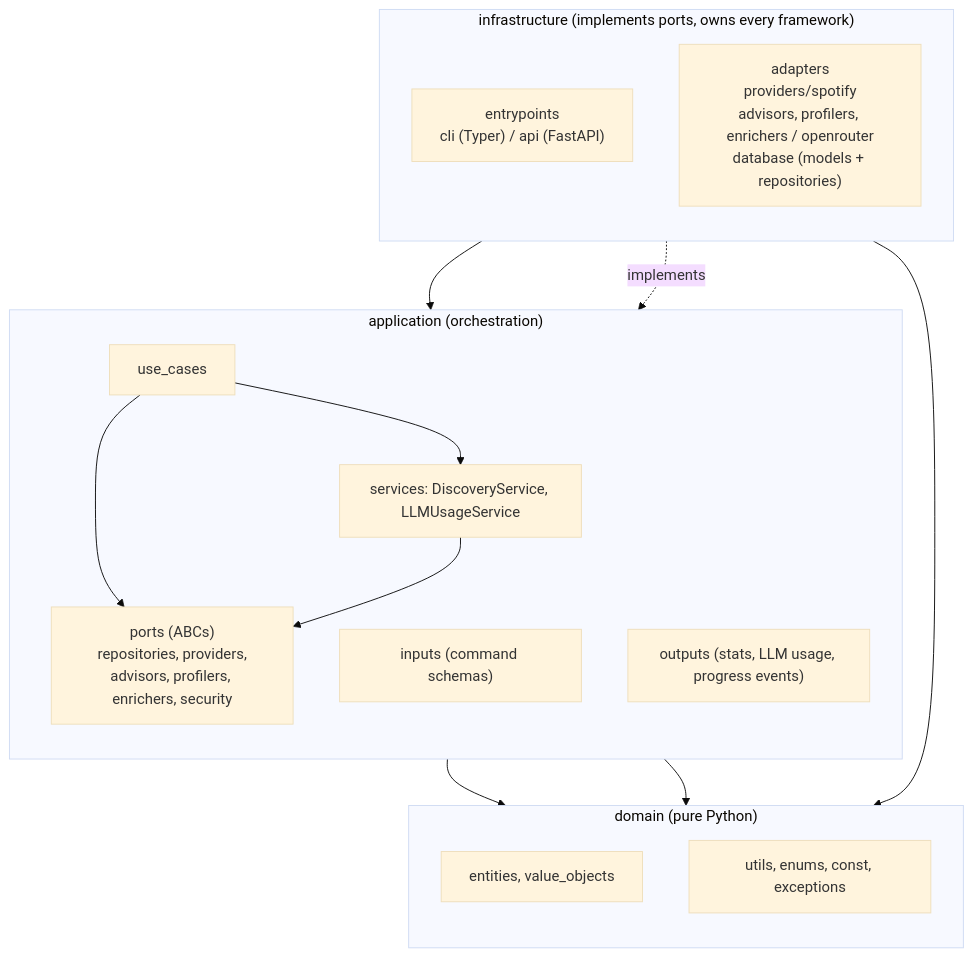
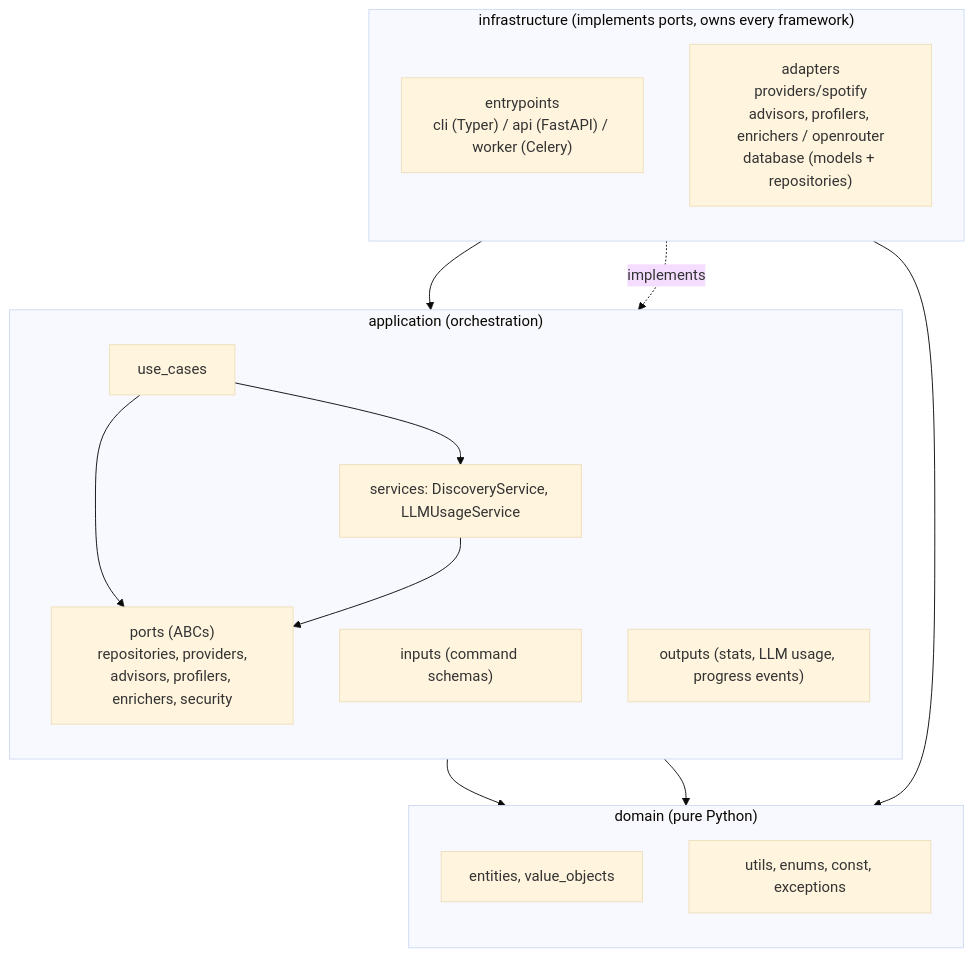
The first of 2 diagrams in docs/technical/architecture.md (ychab/museflow), drawn with Mermaid (base theme) before and after one commit. The commit also changed other lines of this file and 3 other files, not shown here.

First line of the commit message:
docs(technical): document the API and worker decisions

````diff
--- a/docs/technical/architecture.md
+++ b/docs/technical/architecture.md
@@ -7,29 +7,29 @@
 ```mermaid
 flowchart TB
     subgraph INFRA["infrastructure (implements ports, owns every framework)"]
         direction TB
-        EP["entrypoints<br/>cli (Typer) / api (FastAPI)"]
+        EP["entrypoints<br/>cli (Typer) / api (FastAPI) / worker (Celery)"]
         AD["adapters<br/>providers/spotify<br/>advisors, profilers, enrichers / openrouter<br/>database (models + repositories)"]
     end
     subgraph APP["application (orchestration)"]
         direction TB
         UC["use_cases"]
         ASVC["services: DiscoveryService, LLMUsageService"]
         PORTS["ports (ABCs)<br/>repositories, providers,<br/>advisors, profilers, enrichers, security"]
         INP["inputs (command schemas)"]
         OUT["outputs (stats, LLM usage, progress events)"]
     end
     subgraph DOM["domain (pure Python)"]
         direction TB
         ENT["entities, value_objects"]
         UTL["utils, enums, const, exceptions"]
     end
     EP --> UC
     UC --> PORTS
     UC --> ASVC
     ASVC --> PORTS
     UC --> ENT
     AD -.implements.-> PORTS
     AD --> ENT
     PORTS --> ENT
 ```
````
